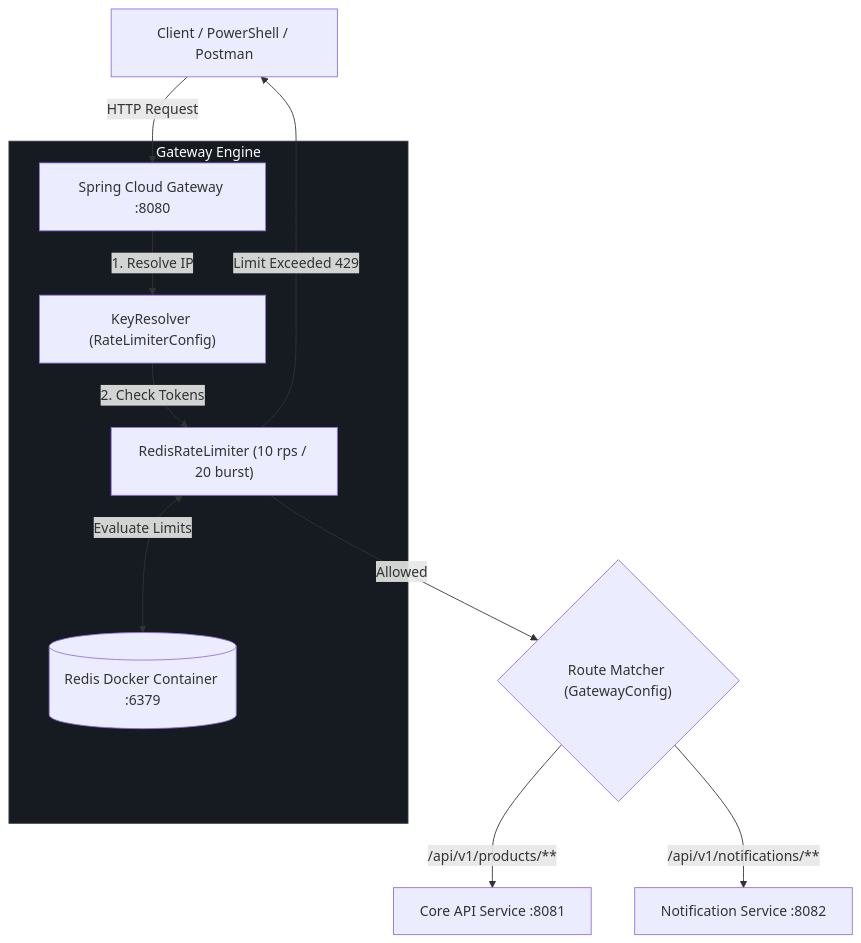
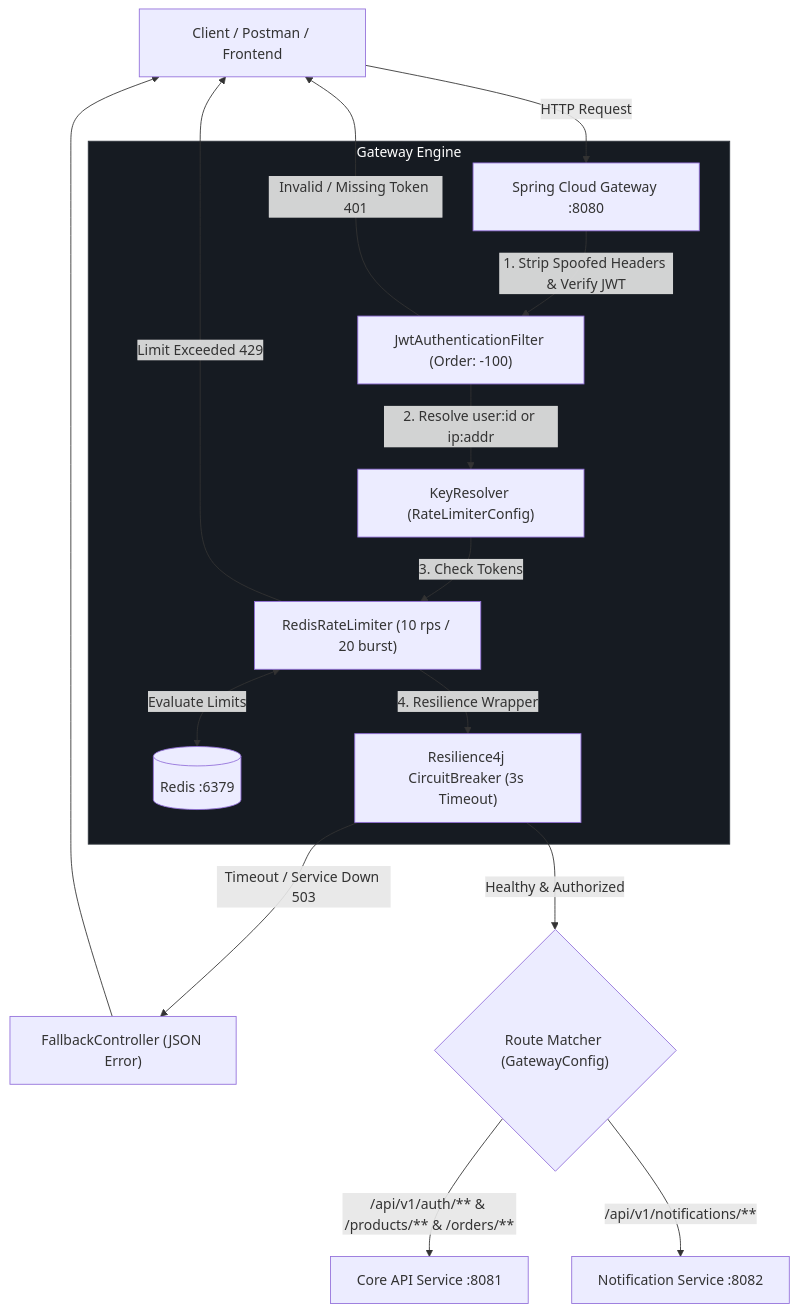
Before and after one commit to yusufkayiss/api-gateway: the first of 2 diagrams in README.md, drawn with Mermaid. The commit also changed other lines of this file, not shown here.

First line of the commit message:
Update README with security and resilience features

````diff
--- a/README.md
+++ b/README.md
@@ -24,18 +25,23 @@
 ```mermaid
 graph TD
-    Client[Client / PowerShell / Postman] -->|HTTP Request| Gateway[Spring Cloud Gateway :8080]
+    Client[Client / Postman / Frontend] -->|HTTP Request| Gateway[Spring Cloud Gateway :8080]
     
     subgraph GatewayEngine ["Gateway Engine"]
-        Gateway -->|1. Resolve IP| KeyRes["KeyResolver (RateLimiterConfig)"]
-        KeyRes -->|2. Check Tokens| RedisLimiter["RedisRateLimiter (10 rps / 20 burst)"]
-        RedisLimiter <-->|Evaluate Limits| Redis[(Redis Docker Container :6379)]
+        Gateway -->|1. Strip Spoofed Headers & Verify JWT| AuthFilter["JwtAuthenticationFilter (Order: -100)"]
+        AuthFilter -->|2. Resolve user:id or ip:addr| KeyRes["KeyResolver (RateLimiterConfig)"]
+        KeyRes -->|3. Check Tokens| RedisLimiter["RedisRateLimiter (10 rps / 20 burst)"]
+        RedisLimiter <-->|Evaluate Limits| Redis[(Redis :6379)]
+        RedisLimiter -->|4. Resilience Wrapper| CB["Resilience4j CircuitBreaker (3s Timeout)"]
     end
     
+    AuthFilter -->|Invalid / Missing Token 401| Client
     RedisLimiter -->|Limit Exceeded 429| Client
-    RedisLimiter -->|Allowed| Routing{"Route Matcher (GatewayConfig)"}
+    CB -->|Timeout / Service Down 503| Fallback["FallbackController (JSON Error)"]
+    Fallback --> Client
     
-    Routing -->|/api/v1/products/**| CoreAPI["Core API Service :8081"]
+    CB -->|Healthy & Authorized| Routing{"Route Matcher (GatewayConfig)"}
+    Routing -->|/api/v1/auth/** & /products/** & /orders/**| CoreAPI["Core API Service :8081"]
     Routing -->|/api/v1/notifications/**| NotifAPI["Notification Service :8082"]
 
     style GatewayEngine fill:#161b22,stroke:#30363d,stroke-width:1px,color:#fff
 ```
````
